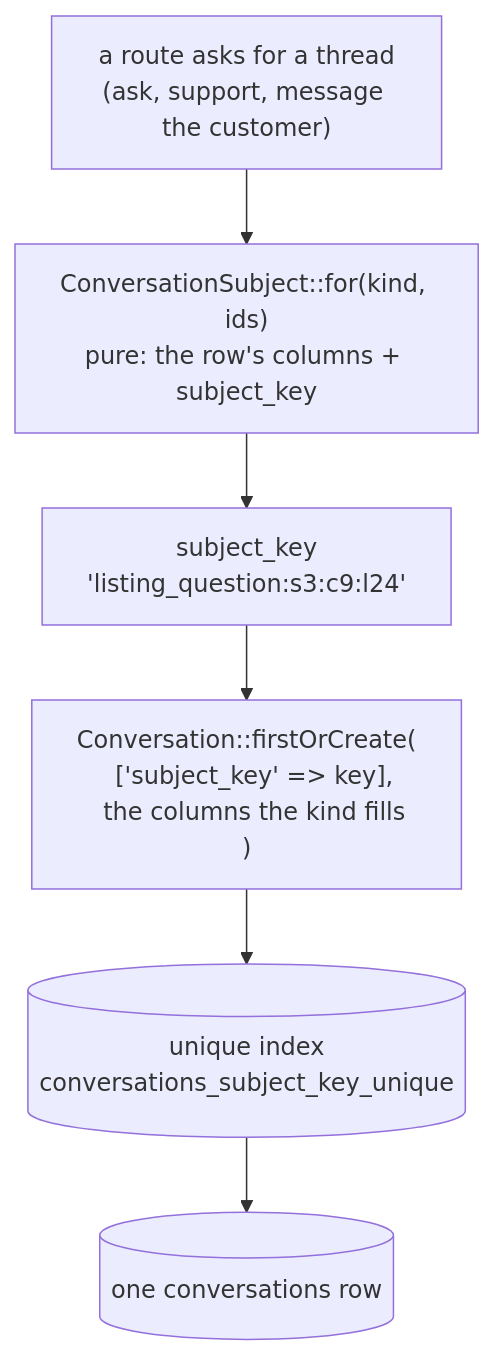
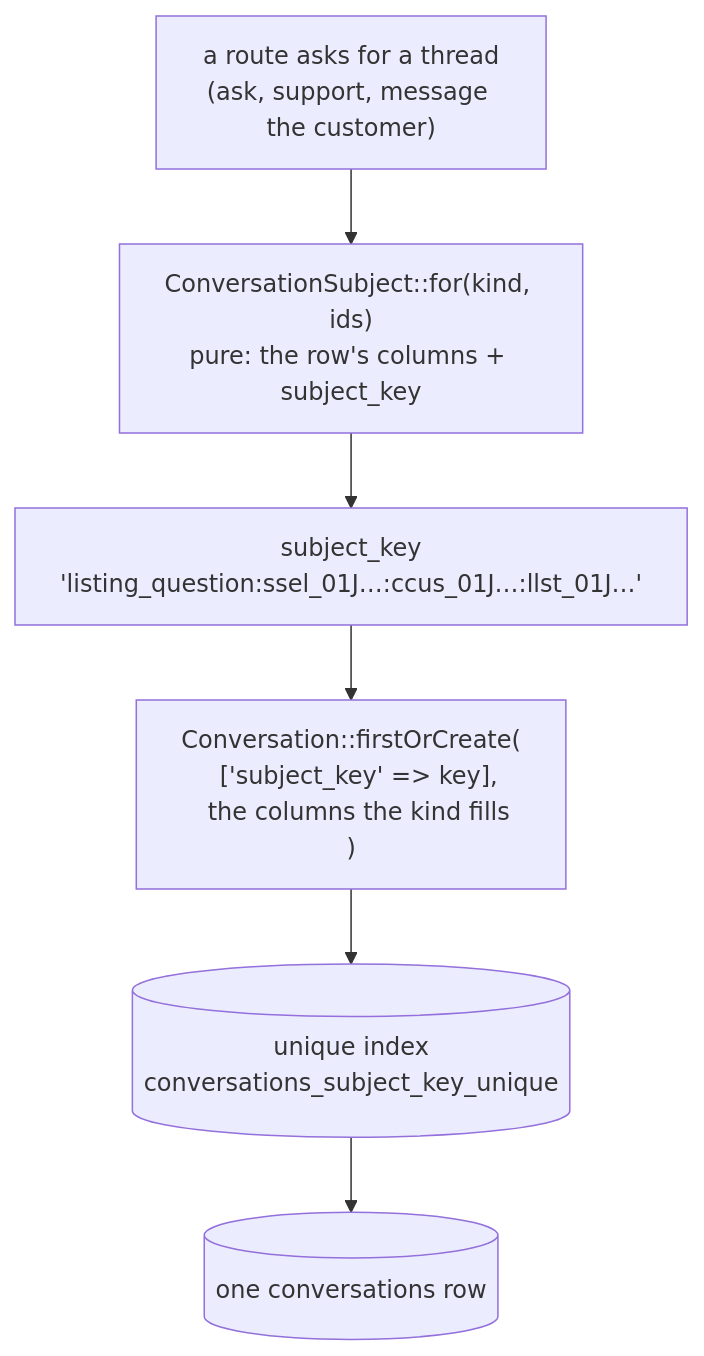
One commit to jonathan-beebe/art-store changed the first of 7 diagrams in prototype/php/docs/messaging.md. Above: the diagram before and after it, drawn with Mermaid. The commit also changed other lines of this file and 461 other files, not shown here.

````diff
--- a/prototype/php/docs/messaging.md
+++ b/prototype/php/docs/messaging.md
@@ -58,8 +58,8 @@
 ```mermaid
 flowchart TD
     entry["a route asks for a thread\n(ask, support, message the customer)"] --> subject["ConversationSubject::for(kind, ids)\npure: the row's columns + subject_key"]
-    subject --> key["subject_key\n'listing_question:s3:c9:l24'"]
+    subject --> key["subject_key\n'listing_question:ssel_01J…:ccus_01J…:llst_01J…'"]
     key --> find["Conversation::firstOrCreate(\n  ['subject_key' => key],\n  the columns the kind fills\n)"]
     find --> index[("unique index\nconversations_subject_key_unique")]
     index --> row[("one conversations row")]
 ```
````
